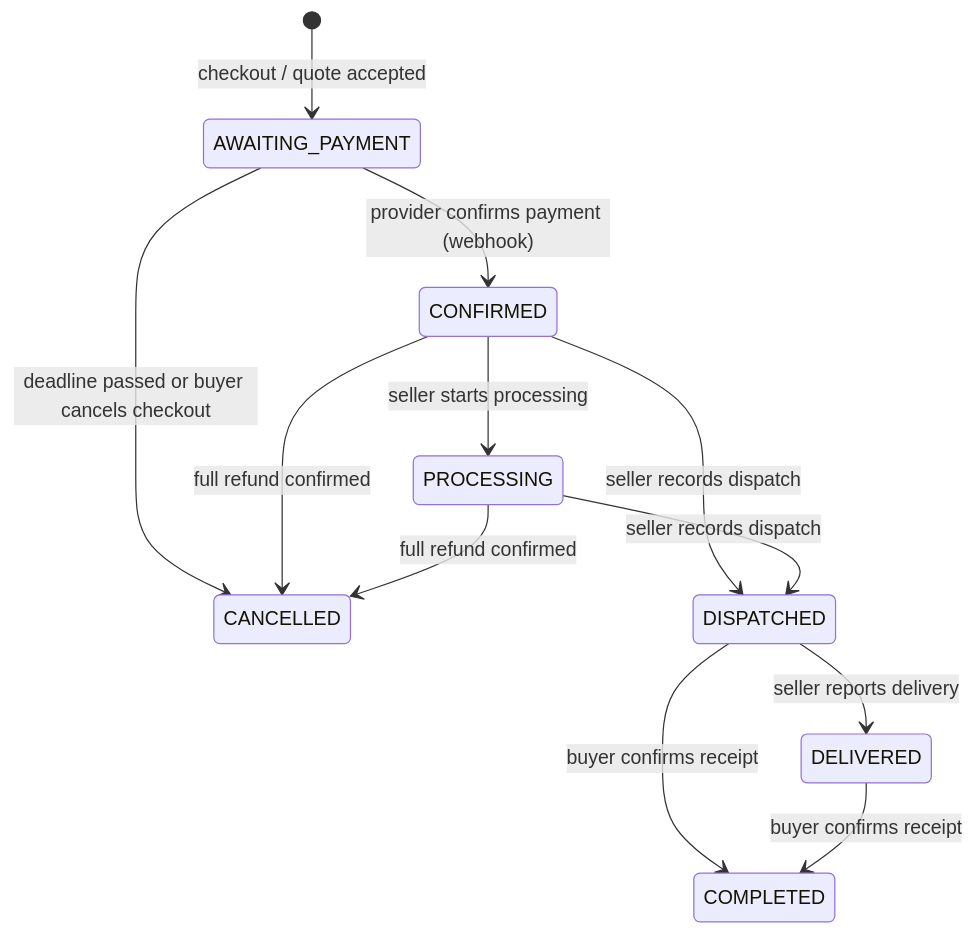
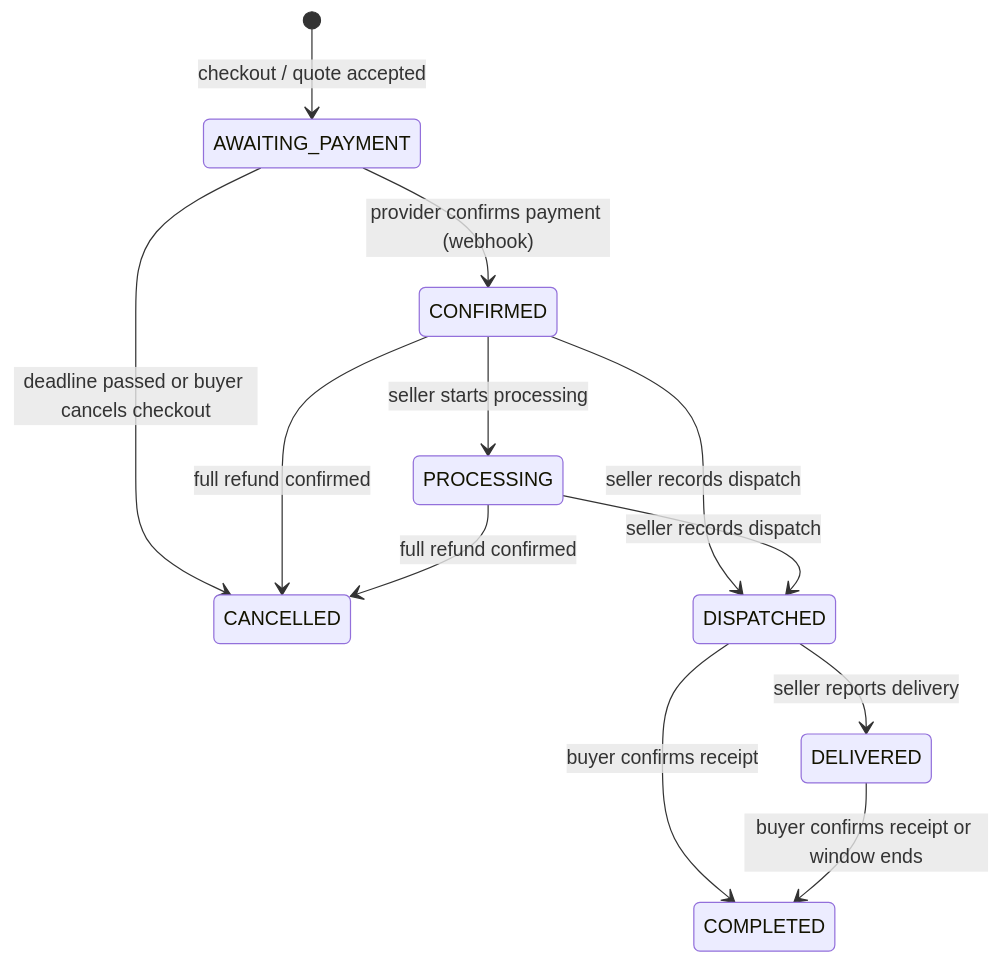
The diagram in docs/ux-ui/12-order-lifecycle.md (Elevationaddi/uae-b2b-marketplace), drawn with Mermaid before and after one commit. The commit also changed other lines of this file and 28 other files, not shown here.

````diff
--- a/docs/ux-ui/12-order-lifecycle.md
+++ b/docs/ux-ui/12-order-lifecycle.md
@@ -13,14 +13,14 @@
 ```mermaid
 stateDiagram-v2
   [*] --> AWAITING_PAYMENT: checkout / quote accepted
   AWAITING_PAYMENT --> CONFIRMED: provider confirms payment (webhook)
   AWAITING_PAYMENT --> CANCELLED: deadline passed or buyer cancels checkout
   CONFIRMED --> PROCESSING: seller starts processing
   CONFIRMED --> DISPATCHED: seller records dispatch
   PROCESSING --> DISPATCHED: seller records dispatch
   DISPATCHED --> DELIVERED: seller reports delivery
   DISPATCHED --> COMPLETED: buyer confirms receipt
-  DELIVERED --> COMPLETED: buyer confirms receipt
+  DELIVERED --> COMPLETED: buyer confirms receipt or window ends
   CONFIRMED --> CANCELLED: full refund confirmed
   PROCESSING --> CANCELLED: full refund confirmed
 ```
````
